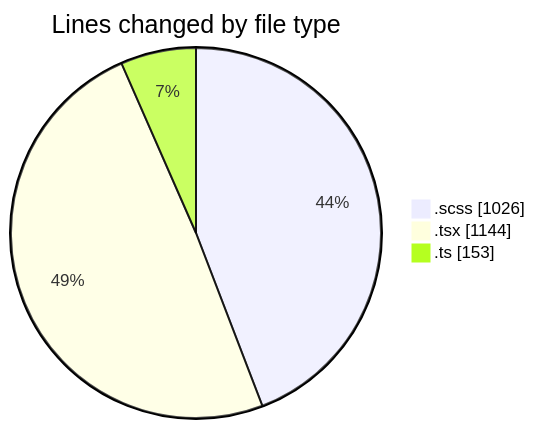
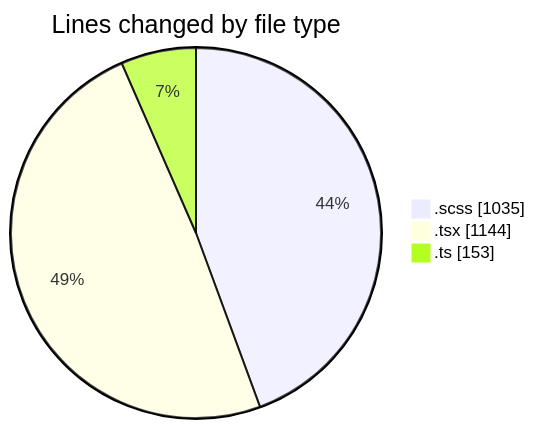
One commit to momahboobian/code-tracking changed the first of 2 diagrams in 2025-03-28/cda/README.md. Above: the diagram before and after it, drawn with Mermaid. The commit also changed other lines of this file and 1 other file, not shown here.

````diff
--- a/2025-03-28/cda/README.md
+++ b/2025-03-28/cda/README.md
@@ -26,7 +26,7 @@
 ```mermaid
 pie showData
 title Lines changed by file type
-".scss" : 1026
+".scss" : 1035
 ".tsx" : 1144
 ".ts" : 153
 ```
````
